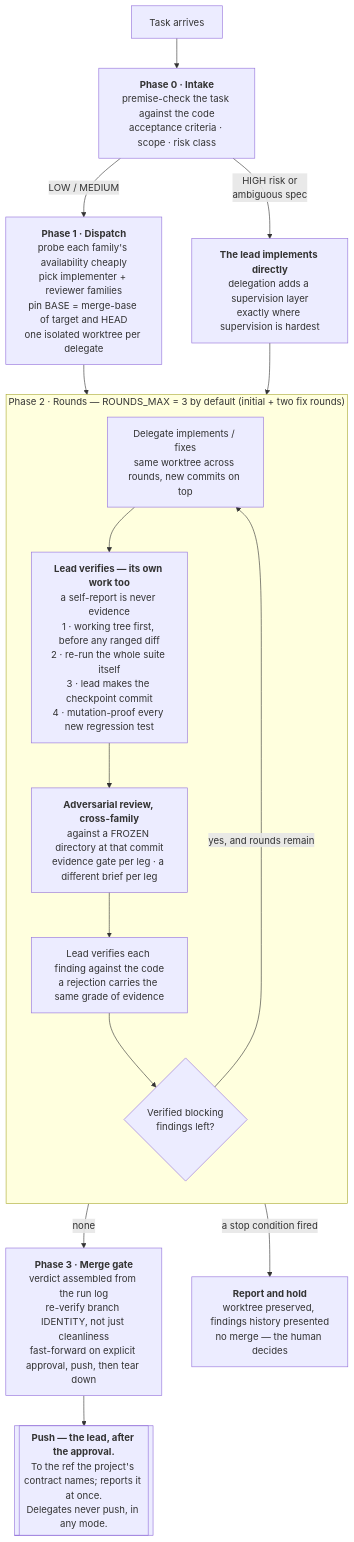
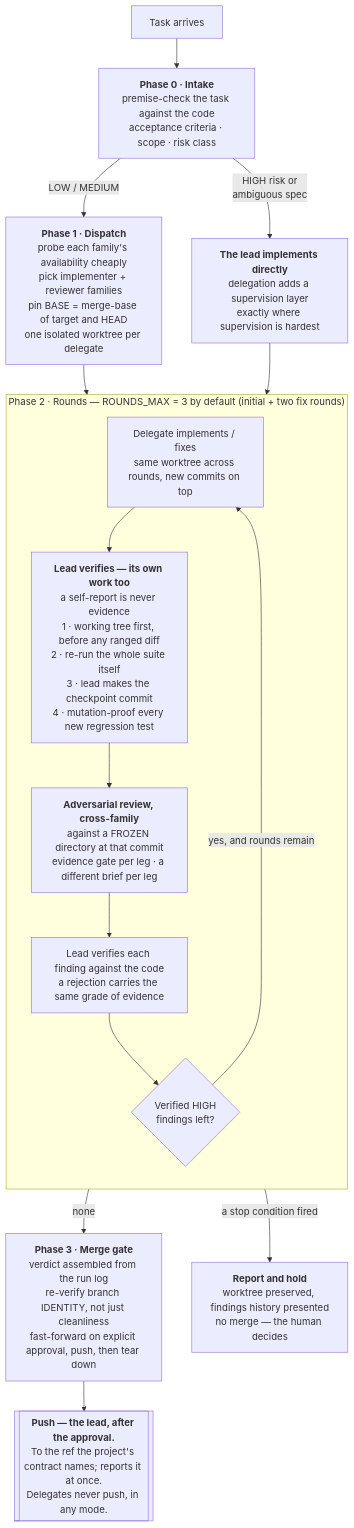
One commit to aarontzeng/dev-lead changed the first of 2 diagrams in docs/workflow.md. Above: the diagram before and after it, drawn with Mermaid. The commit also changed other lines of this file and 7 other files, not shown here.

````diff
--- a/docs/workflow.md
+++ b/docs/workflow.md
@@ -11,22 +11,22 @@
 ```mermaid
 flowchart TD
     A["Task arrives"] --> B["<b>Phase 0 · Intake</b><br/>premise-check the task against the code<br/>acceptance criteria · scope · risk class"]
     B -->|"HIGH risk or<br/>ambiguous spec"| L["<b>The lead implements directly</b><br/>delegation adds a supervision layer<br/>exactly where supervision is hardest"]
     B -->|"LOW / MEDIUM"| D["<b>Phase 1 · Dispatch</b><br/>probe each family's availability cheaply<br/>pick implementer + reviewer families<br/>pin BASE = merge-base of target and HEAD<br/>one isolated worktree per delegate"]
     D --> R1
     L --> R2
 
     subgraph R["Phase 2 · Rounds — ROUNDS_MAX = 3 by default (initial + two fix rounds)"]
         direction TB
         R1["Delegate implements / fixes<br/>same worktree across rounds, new commits on top"]
         R1 --> R2["<b>Lead verifies — its own work too</b><br/>a self-report is never evidence<br/>1 · working tree first, before any ranged diff<br/>2 · re-run the whole suite itself<br/>3 · lead makes the checkpoint commit<br/>4 · mutation-proof every new regression test"]
         R2 --> R3["<b>Adversarial review, cross-family</b><br/>against a FROZEN directory at that commit<br/>evidence gate per leg · a different brief per leg"]
         R3 --> R4["Lead verifies each finding against the code<br/>a rejection carries the same grade of evidence"]
-        R4 --> R5{"Verified blocking<br/>findings left?"}
+        R4 --> R5{"Verified HIGH<br/>findings left?"}
         R5 -->|"yes, and rounds remain"| R1
     end
 
     R5 -->|"none"| M["<b>Phase 3 · Merge gate</b><br/>verdict assembled from the run log<br/>re-verify branch IDENTITY, not just cleanliness<br/>fast-forward on explicit approval, push, then tear down"]
     R5 -->|"a stop condition fired"| S["<b>Report and hold</b><br/>worktree preserved, findings history presented<br/>no merge — the human decides"]
     M --> P[["<b>Push — the lead, after the approval.</b><br/>To the ref the project's contract names; reports it at once.<br/>Delegates never push, in any mode."]]
 ```
````
